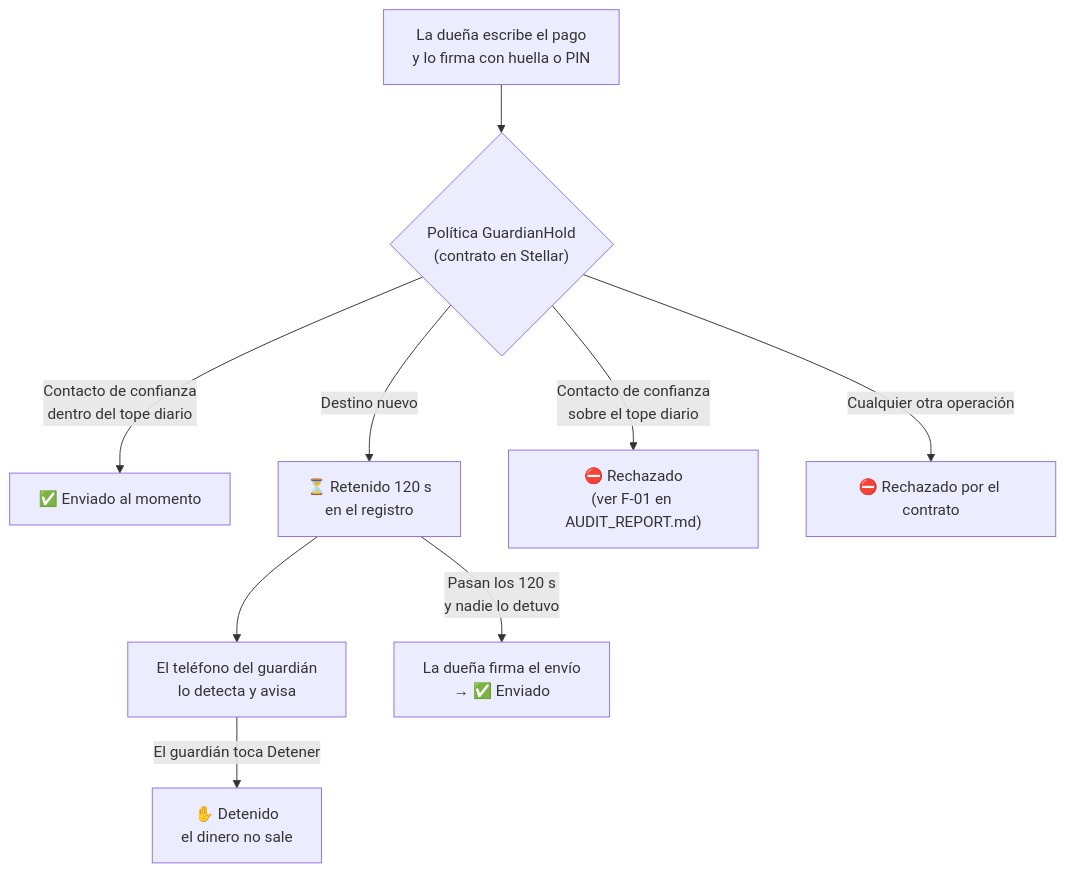
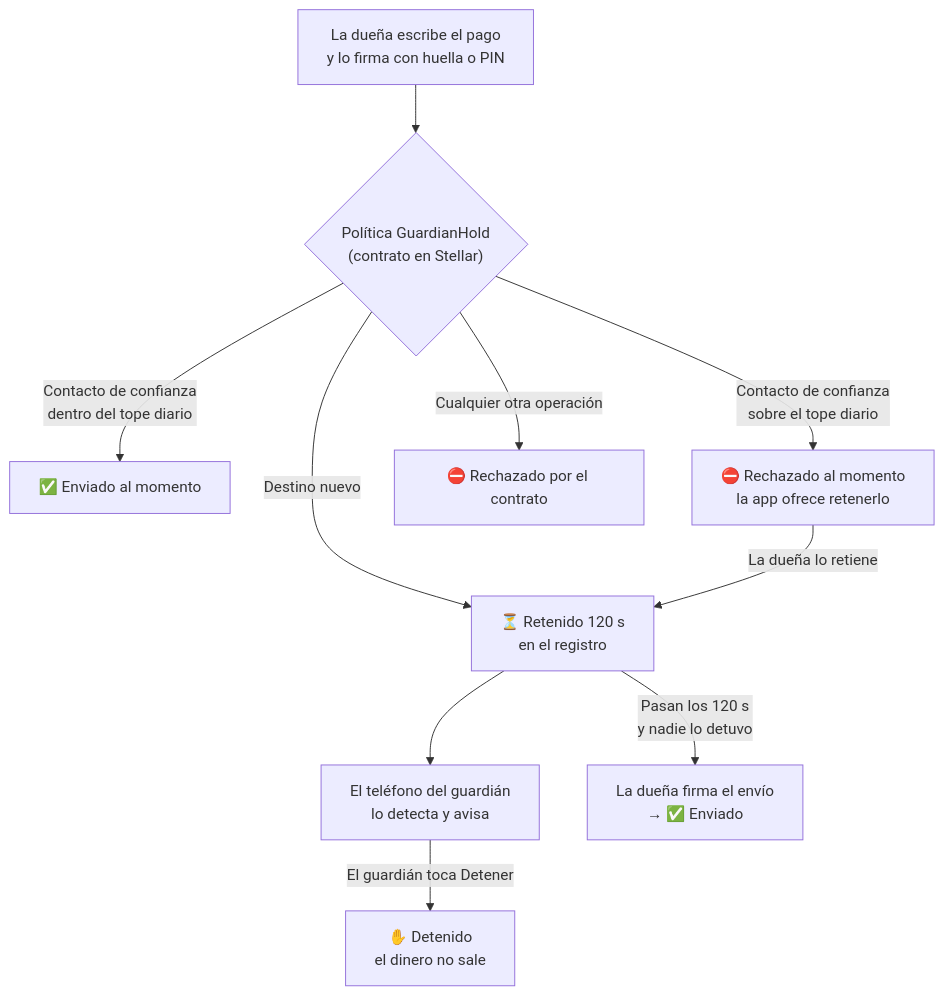
Before and after one commit to CHMP987/GuardPay: the first of 2 diagrams in README.md, drawn with Mermaid. The commit also changed other lines of this file and 14 other files, not shown here.

````diff
--- a/README.md
+++ b/README.md
@@ -96,11 +96,12 @@
 ```mermaid
 flowchart TD
     A["La dueña escribe el pago<br/>y lo firma con huella o PIN"] --> B{"Política GuardianHold<br/>(contrato en Stellar)"}
     B -->|"Contacto de confianza<br/>dentro del tope diario"| C["✅ Enviado al momento"]
     B -->|"Destino nuevo"| D["⏳ Retenido 120 s<br/>en el registro"]
-    B -->|"Contacto de confianza<br/>sobre el tope diario"| X["⛔ Rechazado<br/>(ver F-01 en AUDIT_REPORT.md)"]
+    B -->|"Contacto de confianza<br/>sobre el tope diario"| X["⛔ Rechazado al momento<br/>la app ofrece retenerlo"]
+    X -->|"La dueña lo retiene"| D
     B -->|"Cualquier otra operación"| R["⛔ Rechazado por el contrato"]
     D --> E["El teléfono del guardián<br/>lo detecta y avisa"]
     E -->|"El guardián toca Detener"| F["✋ Detenido<br/>el dinero no sale"]
     D -->|"Pasan los 120 s<br/>y nadie lo detuvo"| G["La dueña firma el envío<br/>→ ✅ Enviado"]
 ```
````
